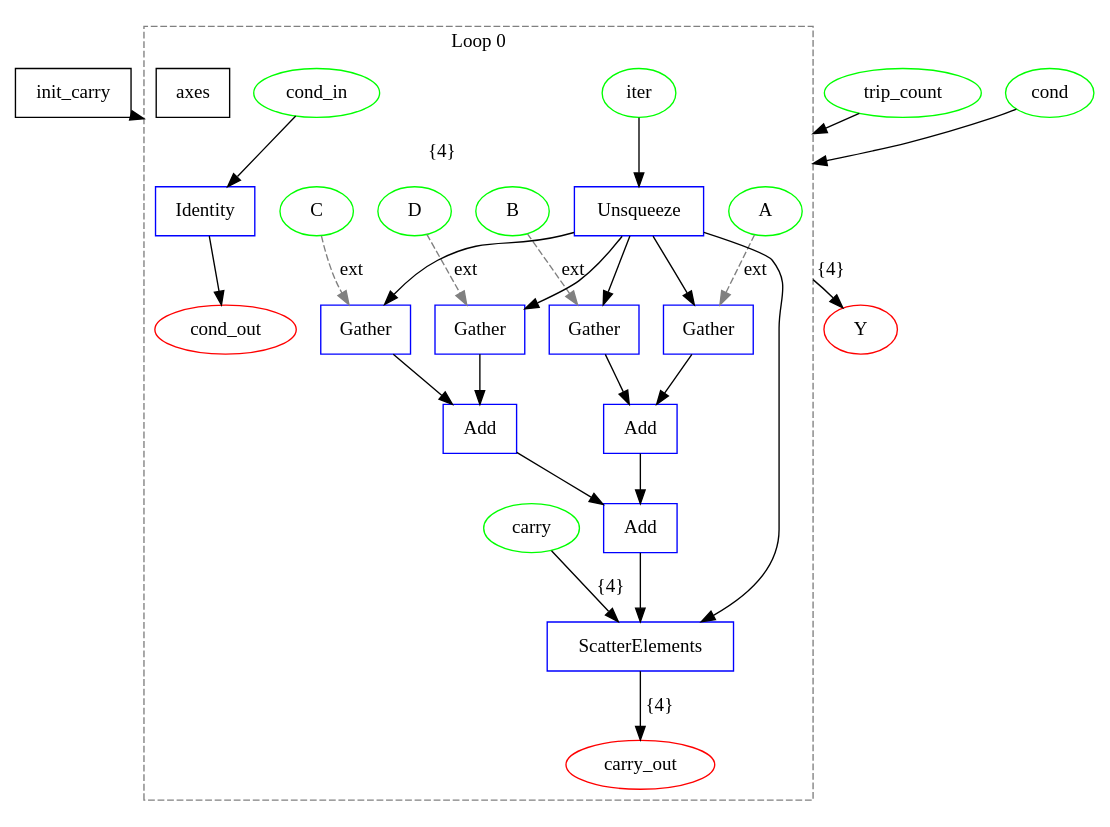
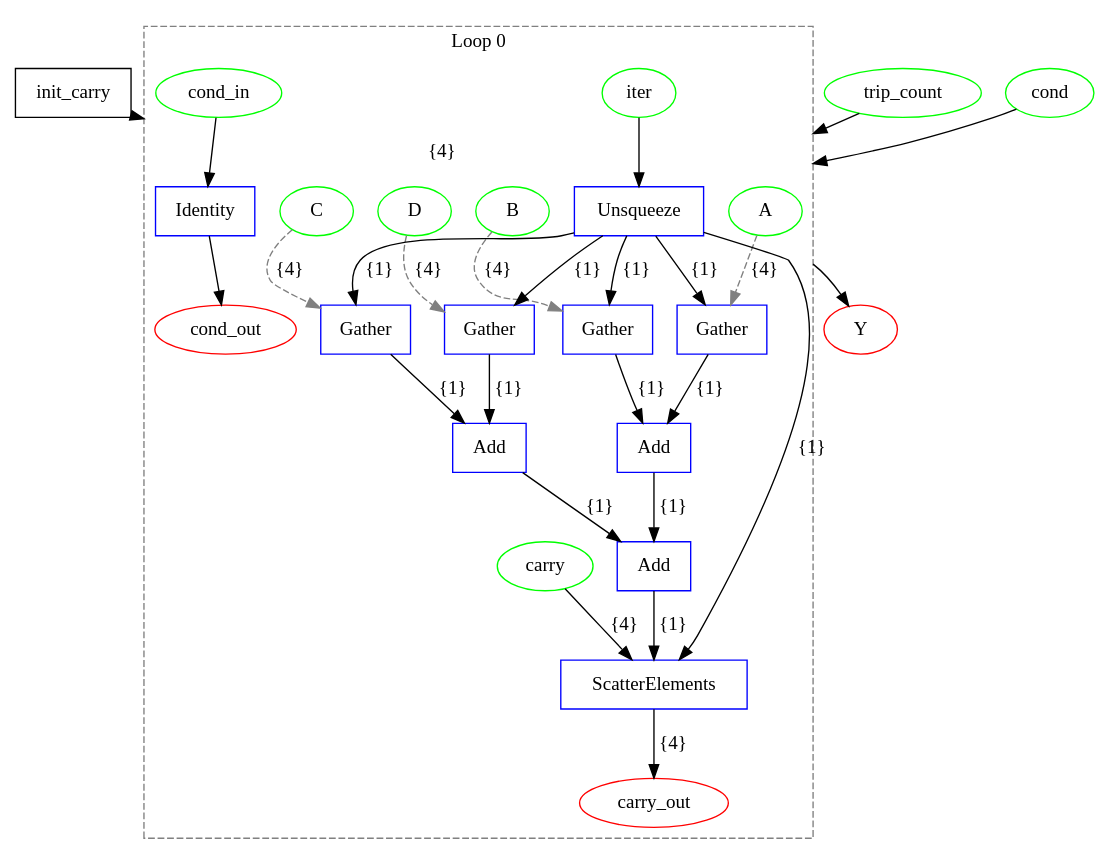
The diagram in examples/onnx/add_chain_decomposed.dot (specs-feup/onnx-flow), drawn with Graphviz before and after one commit. The commit also changed 27 other files, not shown here.

```diff
--- a/examples/onnx/add_chain_decomposed.dot
+++ b/examples/onnx/add_chain_decomposed.dot
@@ -1,59 +1,58 @@
 digraph {
   graph [compound=true];
   init_carry [label=init_carry shape=box];
   A [label=A shape=ellipse color="#00FF00"];
   B [label=B shape=ellipse color="#00FF00"];
   C [label=C shape=ellipse color="#00FF00"];
   D [label=D shape=ellipse color="#00FF00"];
   trip_count [label=trip_count shape=ellipse color="#00FF00"];
   cond [label=cond shape=ellipse color="#00FF00"];
   Y [label=Y shape=ellipse color="#FF0000"];
   subgraph cluster_loop_0 {
     graph [rankdir=LR compound=true];
     loop0_iter [label=iter shape=ellipse color="#00FF00"];
     loop0_cond_in [label=cond_in shape=ellipse color="#00FF00"];
     loop0_carry [label=carry shape=ellipse color="#00FF00"];
     loop0_cond_out [label=cond_out shape=ellipse color="#FF0000"];
     loop0_carry_out [label=carry_out shape=ellipse color="#FF0000"];
-    loop0_axes [label=axes shape=box];
     loop0_0 [label=Unsqueeze shape=box color="#0000FF"];
-    loop0_0 -> loop0_1 [label=""];
-    loop0_0 -> loop0_2 [label=""];
-    loop0_0 -> loop0_3 [label=""];
-    loop0_0 -> loop0_4 [label=""];
-    loop0_0 -> loop0_8 [label=""];
+    loop0_0 -> loop0_1 [label="{1}"];
+    loop0_0 -> loop0_2 [label="{1}"];
+    loop0_0 -> loop0_3 [label="{1}"];
+    loop0_0 -> loop0_4 [label="{1}"];
+    loop0_0 -> loop0_8 [label="{1}"];
     loop0_1 [label=Gather shape=box color="#0000FF"];
-    loop0_1 -> loop0_5 [label=""];
+    loop0_1 -> loop0_5 [label="{1}"];
     loop0_2 [label=Gather shape=box color="#0000FF"];
-    loop0_2 -> loop0_5 [label=""];
+    loop0_2 -> loop0_5 [label="{1}"];
     loop0_3 [label=Gather shape=box color="#0000FF"];
-    loop0_3 -> loop0_6 [label=""];
+    loop0_3 -> loop0_6 [label="{1}"];
     loop0_4 [label=Gather shape=box color="#0000FF"];
-    loop0_4 -> loop0_6 [label=""];
+    loop0_4 -> loop0_6 [label="{1}"];
     loop0_5 [label=Add shape=box color="#0000FF"];
-    loop0_5 -> loop0_7 [label=""];
+    loop0_5 -> loop0_7 [label="{1}"];
     loop0_6 [label=Add shape=box color="#0000FF"];
-    loop0_6 -> loop0_7 [label=""];
+    loop0_6 -> loop0_7 [label="{1}"];
     loop0_7 [label=Add shape=box color="#0000FF"];
-    loop0_7 -> loop0_8 [label=""];
+    loop0_7 -> loop0_8 [label="{1}"];
     loop0_8 [label=ScatterElements shape=box color="#0000FF"];
     loop0_9 [label=Identity shape=box color="#0000FF"];
     loop0_iter -> loop0_0 [label=""];
+    loop0_8 -> loop0_carry_out [label="{4}"];
     loop0_carry -> loop0_8 [label="{4}"];
-    loop0_8 -> loop0_carry_out [label="{4}"];
     loop0_cond_in -> loop0_9 [label=""];
     loop0_9 -> loop0_cond_out [label=""];
-    A -> loop0_1 [style=dashed color=gray label=ext];
-    B -> loop0_2 [style=dashed color=gray label=ext];
-    C -> loop0_3 [style=dashed color=gray label=ext];
-    D -> loop0_4 [style=dashed color=gray label=ext];
+    A -> loop0_1 [style=dashed color=gray label="{4}"];
+    B -> loop0_2 [style=dashed color=gray label="{4}"];
+    C -> loop0_3 [style=dashed color=gray label="{4}"];
+    D -> loop0_4 [style=dashed color=gray label="{4}"];
     graph [label="Loop 0"];
     graph [style=dashed];
     graph [color=gray];
   }
 
   trip_count -> loop0_0 [label="" lhead=cluster_loop_0];
   cond -> loop0_0 [label="" lhead=cluster_loop_0];
   init_carry -> loop0_0 [label="{4}" lhead=cluster_loop_0];
-  loop0_0 -> Y [label="{4}" ltail=cluster_loop_0];
+  loop0_0 -> Y [label="" ltail=cluster_loop_0];
 }
```
